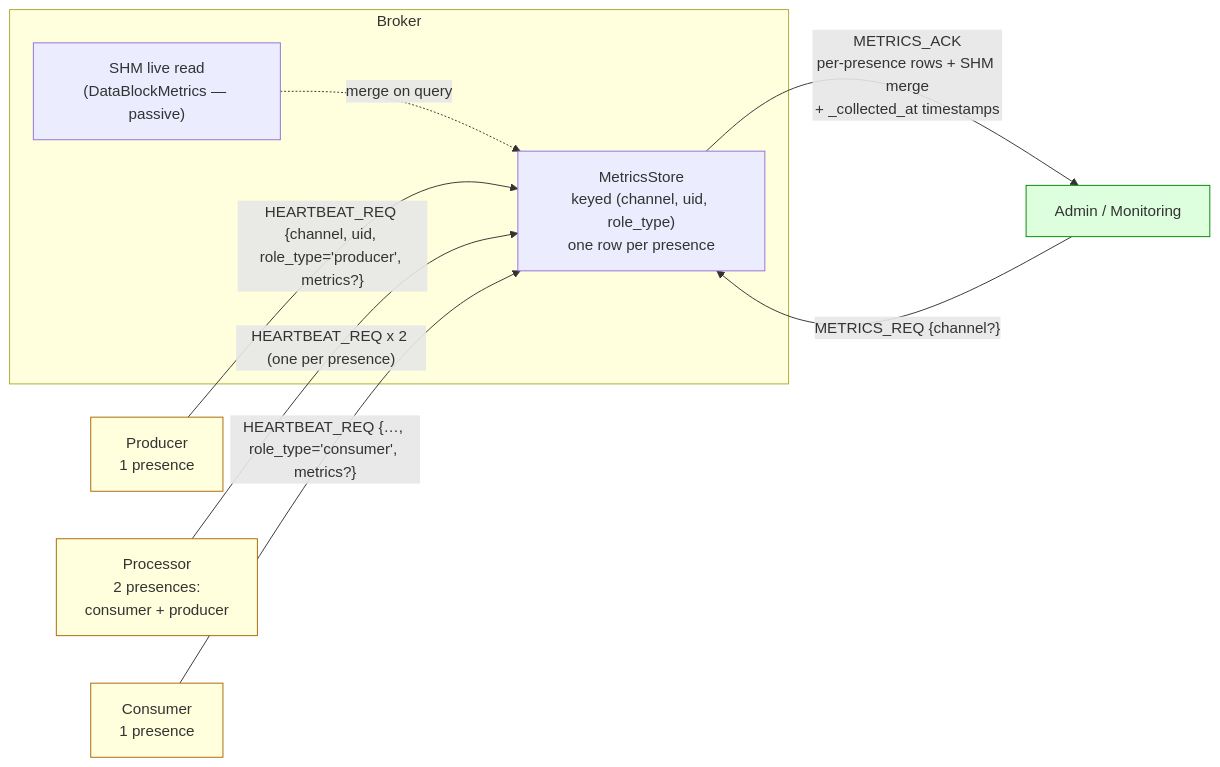
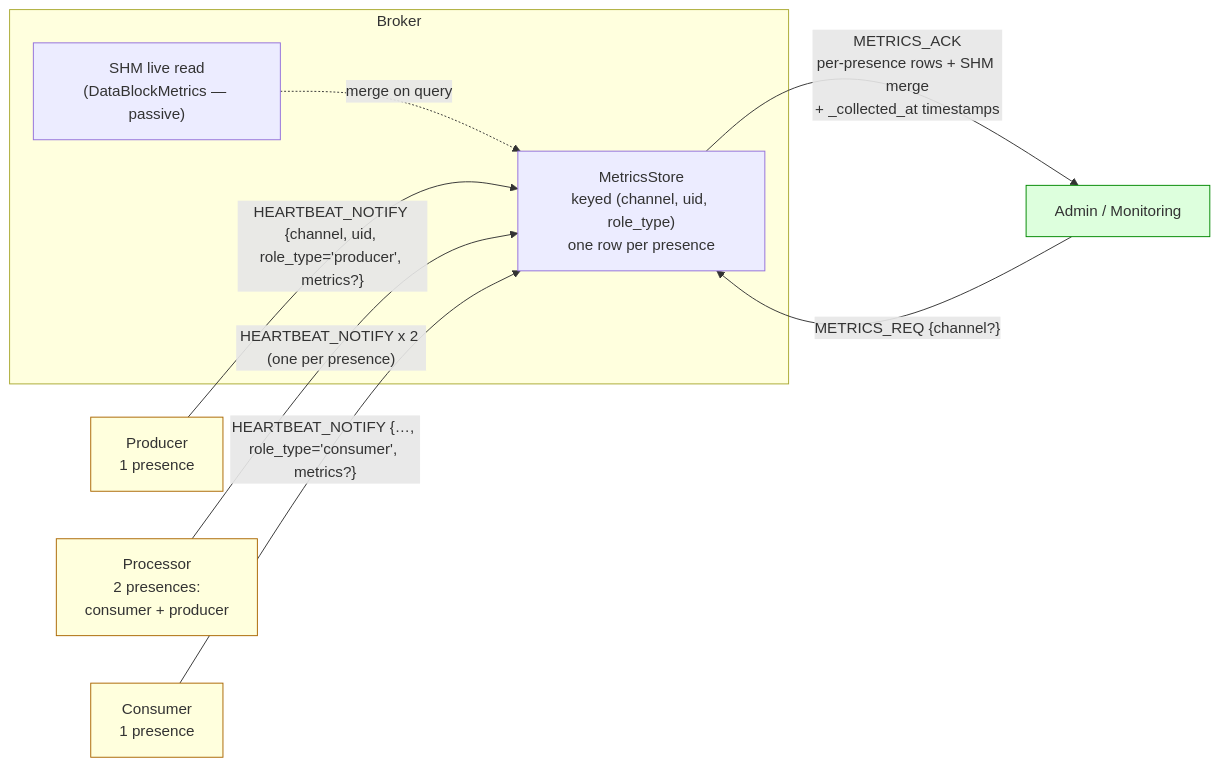
Before and after one commit to Qing-LAB/pylabhub: the first of 3 diagrams in docs/HEP/HEP-CORE-0019-Metrics-Plane.md, drawn with Mermaid. The commit also changed other lines of this file and 12 other files, not shown here.

First line of the commit message:
docs: sweep HEARTBEAT_REQ and BAND_BROADCAST_REQ residual names to match code

````diff
--- a/docs/HEP/HEP-CORE-0019-Metrics-Plane.md
+++ b/docs/HEP/HEP-CORE-0019-Metrics-Plane.md
@@ -175,25 +175,25 @@
 ```mermaid
 flowchart LR
     classDef role fill:#ffd,stroke:#a60
     classDef hub  fill:#dff,stroke:#06a
     classDef admin fill:#dfd,stroke:#080
 
     P["Producer<br/>1 presence"]:::role
     PR["Processor<br/>2 presences:<br/>consumer + producer"]:::role
     C["Consumer<br/>1 presence"]:::role
 
     subgraph BR["Broker"]
         TBL["MetricsStore<br/>keyed (channel, uid, role_type)<br/>one row per presence"]
         SHM["SHM live read<br/>(DataBlockMetrics — passive)"]
     end
 
     ADM["Admin / Monitoring"]:::admin
 
-    P    -->|"HEARTBEAT_REQ {channel, uid, role_type='producer', metrics?}"| TBL
-    PR   -->|"HEARTBEAT_REQ x 2 (one per presence)"| TBL
-    C    -->|"HEARTBEAT_REQ {…, role_type='consumer', metrics?}"| TBL
+    P    -->|"HEARTBEAT_NOTIFY {channel, uid, role_type='producer', metrics?}"| TBL
+    PR   -->|"HEARTBEAT_NOTIFY x 2 (one per presence)"| TBL
+    C    -->|"HEARTBEAT_NOTIFY {…, role_type='consumer', metrics?}"| TBL
 
     ADM  -->|"METRICS_REQ {channel?}"| TBL
     TBL  -->|"METRICS_ACK<br/>per-presence rows + SHM merge<br/>+ _collected_at timestamps"| ADM
     SHM  -.->|"merge on query"| TBL
 ```
````
